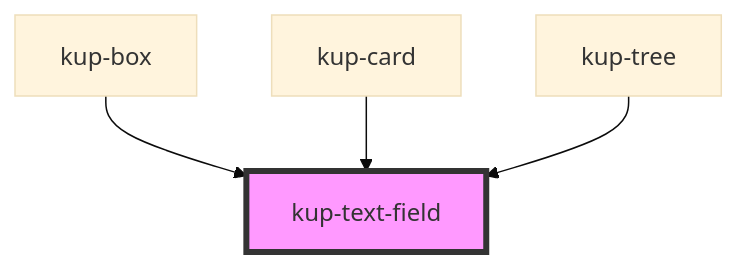
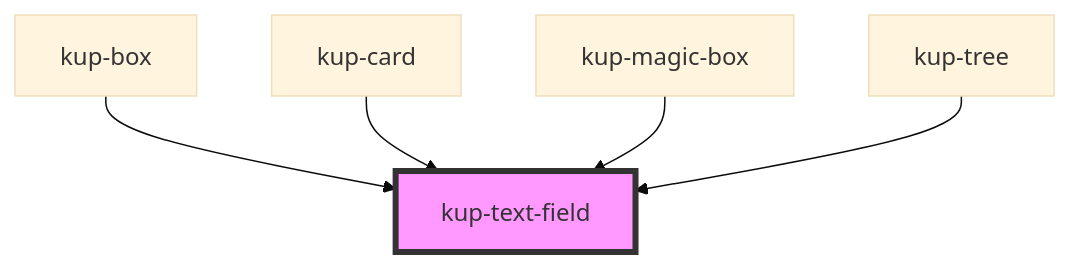
One commit to smeup/ketchup changed the diagram in packages/ketchup/src/components/kup-text-field/readme.md. Above: the diagram before and after it, drawn with Mermaid (base theme). The commit also changed other lines of this file and 3 other files, not shown here.

Commit message:
kup-magic-box: basic editability for JSON view.

````diff
--- a/packages/ketchup/src/components/kup-text-field/readme.md
+++ b/packages/ketchup/src/components/kup-text-field/readme.md
@@ -139,7 +140,8 @@
 ```mermaid
 graph TD;
   kup-box --> kup-text-field
   kup-card --> kup-text-field
+  kup-magic-box --> kup-text-field
   kup-tree --> kup-text-field
   style kup-text-field fill:#f9f,stroke:#333,stroke-width:4px
 ```
````
